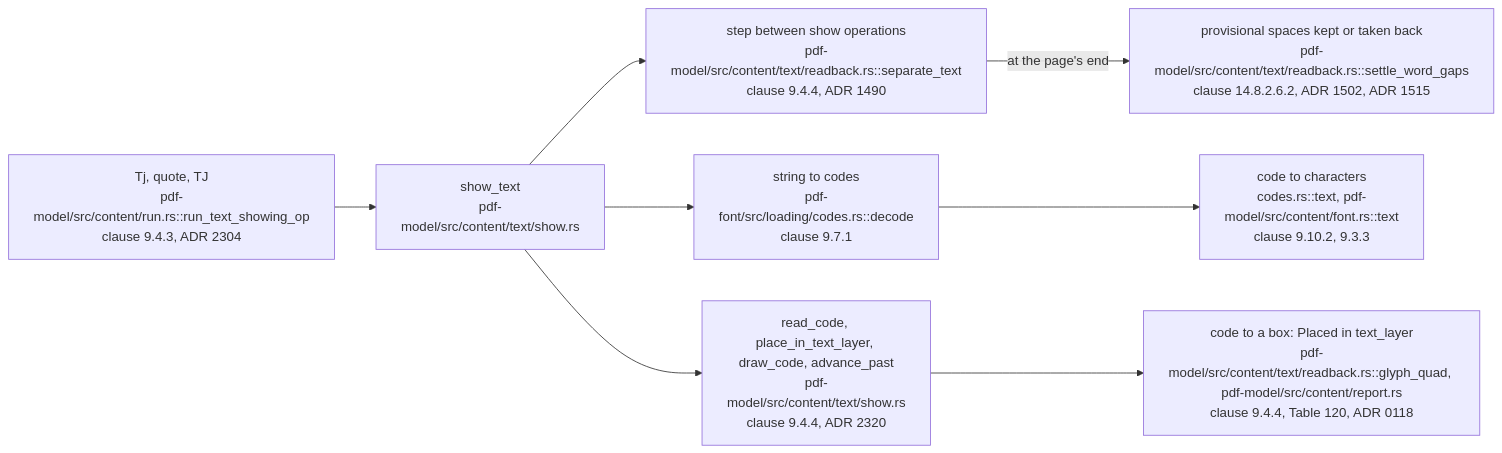
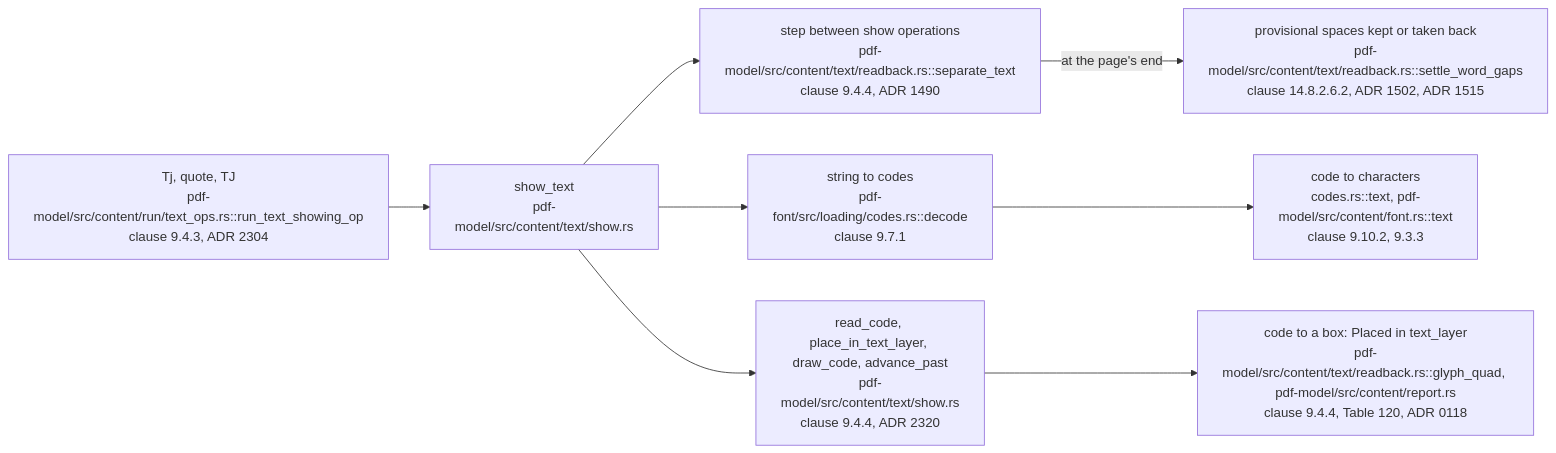
The second of 6 diagrams in doc/teaching/how-text-is-selected-and-copied.md (close2/pdf-viewer), drawn with Mermaid before and after one commit. The commit also changed other lines of this file and 95 other files, not shown here.

````diff
--- a/doc/teaching/how-text-is-selected-and-copied.md
+++ b/doc/teaching/how-text-is-selected-and-copied.md
@@ -184,19 +184,19 @@
 ```mermaid
 flowchart LR
-    OP["Tj, quote, TJ<br/>pdf-model/src/content/run.rs::run_text_showing_op<br/>clause 9.4.3, ADR 2304"]
+    OP["Tj, quote, TJ<br/>pdf-model/src/content/run/text_ops.rs::run_text_showing_op<br/>clause 9.4.3, ADR 2304"]
     SHOW["show_text<br/>pdf-model/src/content/text/show.rs"]
     STEPS["read_code, place_in_text_layer, draw_code, advance_past<br/>pdf-model/src/content/text/show.rs<br/>clause 9.4.4, ADR 2320"]
     CODES["string to codes<br/>pdf-font/src/loading/codes.rs::decode<br/>clause 9.7.1"]
     CHARS["code to characters<br/>codes.rs::text, pdf-model/src/content/font.rs::text<br/>clause 9.10.2, 9.3.3"]
     QUAD["code to a box: Placed in text_layer<br/>pdf-model/src/content/text/readback.rs::glyph_quad, pdf-model/src/content/report.rs<br/>clause 9.4.4, Table 120, ADR 0118"]
     GAP["step between show operations<br/>pdf-model/src/content/text/readback.rs::separate_text<br/>clause 9.4.4, ADR 1490"]
     SETTLE["provisional spaces kept or taken back<br/>pdf-model/src/content/text/readback.rs::settle_word_gaps<br/>clause 14.8.2.6.2, ADR 1502, ADR 1515"]
 
     OP --> SHOW
     SHOW --> GAP
     SHOW --> CODES
     SHOW --> STEPS
     CODES --> CHARS
     STEPS --> QUAD
     GAP -->|"at the page's end"| SETTLE
 ```
````
